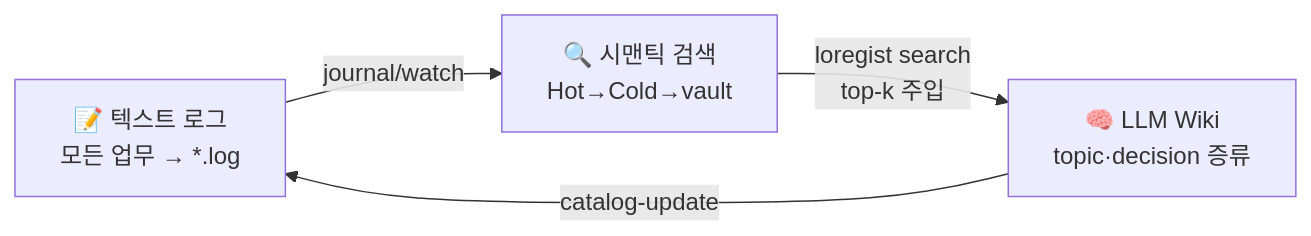
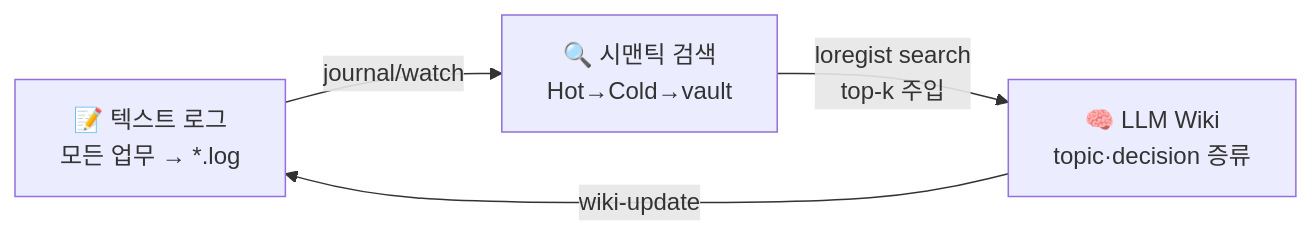
The third of 3 diagrams in README.md (mzd-nrkim/loregist), drawn with Mermaid before and after one commit. The commit also changed other lines of this file, not shown here.

````diff
--- a/README.md
+++ b/README.md
@@ -80,6 +80,6 @@
 ```mermaid
 graph LR
     A["📝 텍스트 로그\n모든 업무 → *.log"] -->|journal/watch| B["🔍 시맨틱 검색\nHot→Cold→vault"]
     B -->|loregist search\ntop-k 주입| C["🧠 LLM Wiki\ntopic·decision 증류"]
-    C -->|catalog-update| A
+    C -->|wiki-update| A
 ```
````
